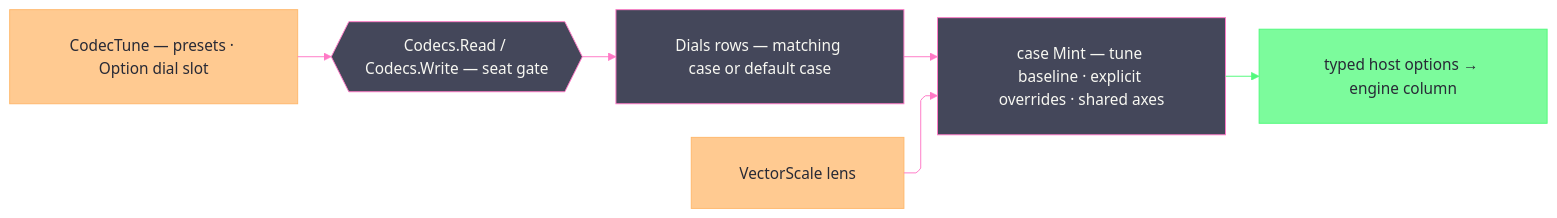
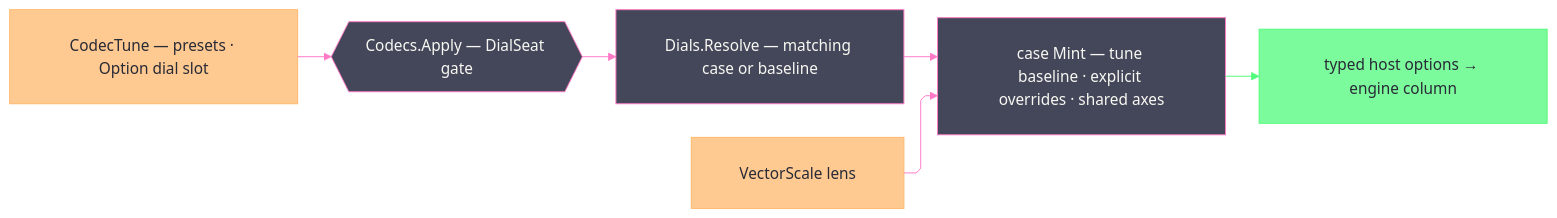
The diagram in libs/csharp/Rasm.Rhino/.planning/Exchange/options.md (bsamiee/Rasm), drawn with Mermaid before and after one commit. The commit also changed other lines of this file and 70 other files, not shown here.

````diff
--- a/libs/csharp/Rasm.Rhino/.planning/Exchange/options.md
+++ b/libs/csharp/Rasm.Rhino/.planning/Exchange/options.md
@@ -1016,40 +1062,40 @@
 ```mermaid
 ---
 config:
   theme: base
   look: classic
   layout: elk
   flowchart:
     curve: linear
     padding: 25
   themeVariables:
     darkMode: true
     fontFamily: "SF Mono, Menlo, Cascadia Mono, Segoe UI Mono, Consolas, monospace"
     useGradient: false
     dropShadow: "none"
     background: "#282A36"
     primaryColor: "#44475A"
     primaryTextColor: "#F8F8F2"
     primaryBorderColor: "#BD93F9"
     lineColor: "#FF79C6"
     textColor: "#F8F8F2"
     edgeLabelBackground: "#21222C"
     labelBackgroundColor: "#21222C"
   themeCSS: ".nodeLabel{font-size:13px;font-weight:500}.edgeLabel{font-size:12px;font-weight:500}.cluster-label .nodeLabel{font-size:13.5px;font-weight:700;letter-spacing:.08em}.edge-thickness-normal{stroke-width:2px}.edge-thickness-thick{stroke-width:3px}.edge-pattern-dashed,.edge-pattern-dotted{stroke-width:1.5px;stroke-dasharray:4 6}.node rect,.node circle,.node polygon,.node path,.node .outer-path{stroke-width:1.5px;filter:none!important}.cluster rect{stroke-width:1px!important;stroke-dasharray:5 4!important;filter:none!important}.marker path{transform:scale(.8);transform-origin:5px 5px}.marker circle{transform:scale(.48);transform-origin:5px 5px}.edgeLabel rect{transform-box:fill-box;transform-origin:center;transform:scale(1.1,1.2)}"
 ---
 flowchart LR
     accTitle: Dial resolution and host option minting
     accDescr: A tune with its optional dial slot passes the seat gate, resolves to the matching or default dial case, mints the typed host options over the tune baseline, and composes the vector scale lens before the engine column consumes the result.
-    Tune["CodecTune — presets · Option dial slot"] --> Gate{{"Codecs.Read / Codecs.Write — seat gate"}}
-    Gate --> Resolve["Dials rows — matching case or default case"]
+    Tune["CodecTune — presets · Option dial slot"] --> Gate{{"Codecs.Apply — DialSeat gate"}}
+    Gate --> Resolve["Dials.Resolve — matching case or baseline"]
     Resolve --> Mint["case Mint — tune baseline · explicit overrides · shared axes"]
     Scale["VectorScale lens"] --> Mint
     Mint --> Host["typed host options → engine column"]
     linkStyle 4 stroke:#50FA7B,color:#F8F8F2
     classDef primary fill:#44475A,stroke:#FF79C6,color:#F8F8F2
     classDef success fill:#50FA7BBF,stroke:#50FA7B,color:#282A36
     classDef data fill:#FFB86CBF,stroke:#FFB86C,color:#282A36
     class Gate,Resolve,Mint primary
     class Host success
     class Tune,Scale data
 ```
````
